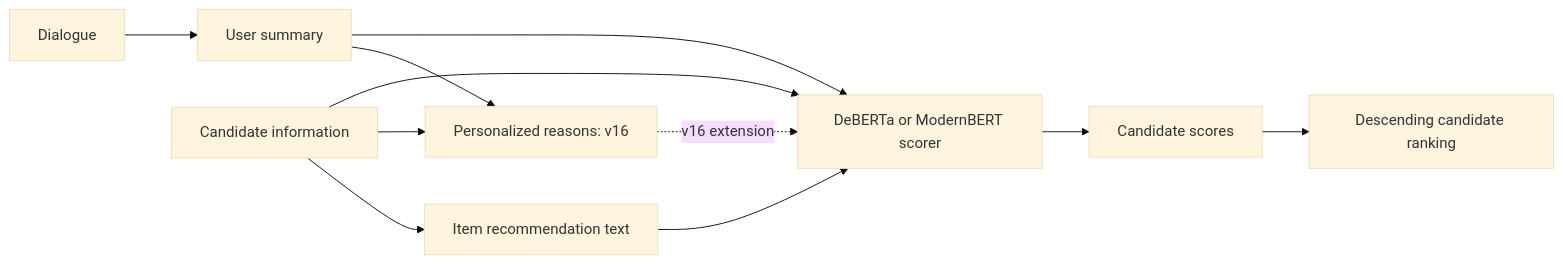
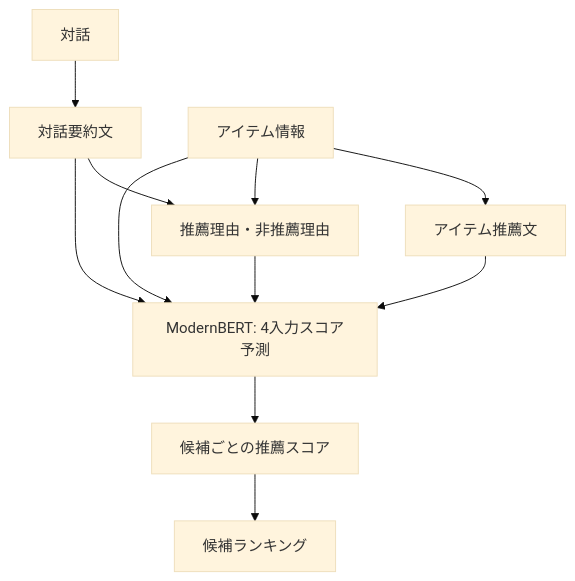
The diagram in README_JP.md (Ichinose311/llm-text-refinement), drawn with Mermaid (base theme) before and after one commit. The commit also changed other lines of this file and 1 other file, not shown here.

Commit message:
docs: foreground the active four-input ModernBERT pipeline

````diff
--- a/README_JP.md
+++ b/README_JP.md
@@ -7,13 +7,13 @@
 ```mermaid
-flowchart LR
-    D[Dialogue] --> S[User summary]
-    I[Candidate information] --> R[Item recommendation text]
-    S --> V[Personalized reasons: v16]
+flowchart TD
+    D[対話] --> S[対話要約文]
+    I[アイテム情報] --> R[アイテム推薦文]
+    S --> V[推薦理由・非推薦理由]
     I --> V
-    S --> M[DeBERTa or ModernBERT scorer]
+    S --> M[ModernBERT: 4入力スコア予測]
     I --> M
     R --> M
-    V -. v16 extension .-> M
-    M --> P[Candidate scores]
-    P --> K[Descending candidate ranking]
+    V --> M
+    M --> P[候補ごとの推薦スコア]
+    P --> K[候補ランキング]
 ```
````
